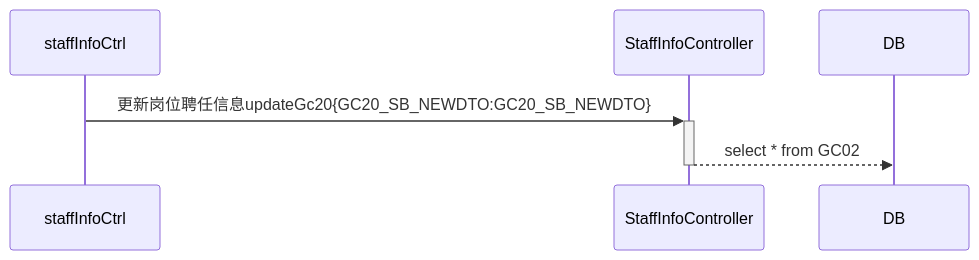
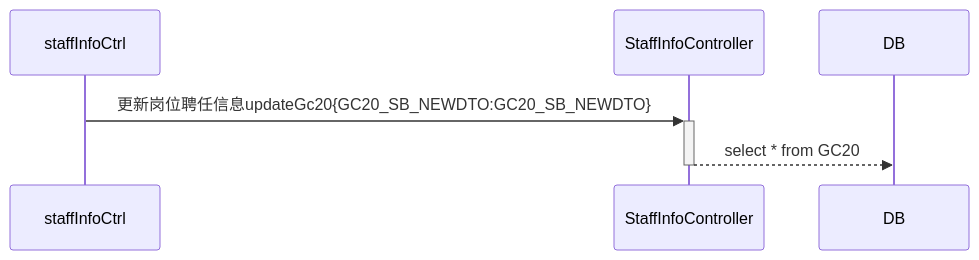
The diagram in all/未命名.md (ZhangJianBeiJing/iodraw-files), drawn with Mermaid before and after one commit.

Commit message:
2025-03-24 18:54:23 update

````diff
--- a/all/未命名.md
+++ b/all/未命名.md
@@ -1,6 +1,6 @@
 ```mermaid
 sequenceDiagram
     staffInfoCtrl->>+StaffInfoController:更新岗位聘任信息updateGc20{GC20_SB_NEWDTO:GC20_SB_NEWDTO}
-    StaffInfoController-->>-DB:select * from GC02
+    StaffInfoController-->>-DB:select * from GC20
             
 ```
````
